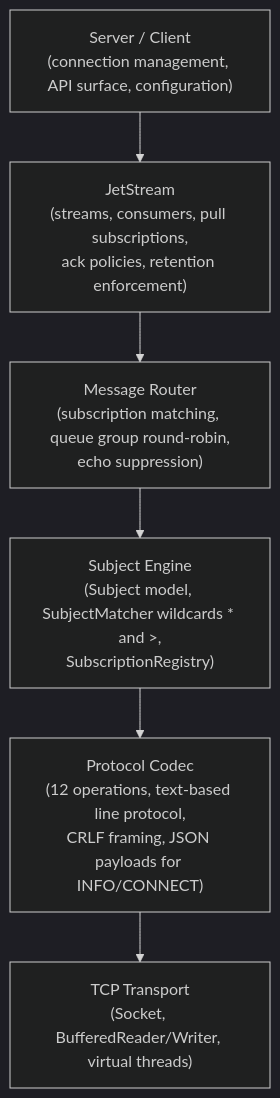
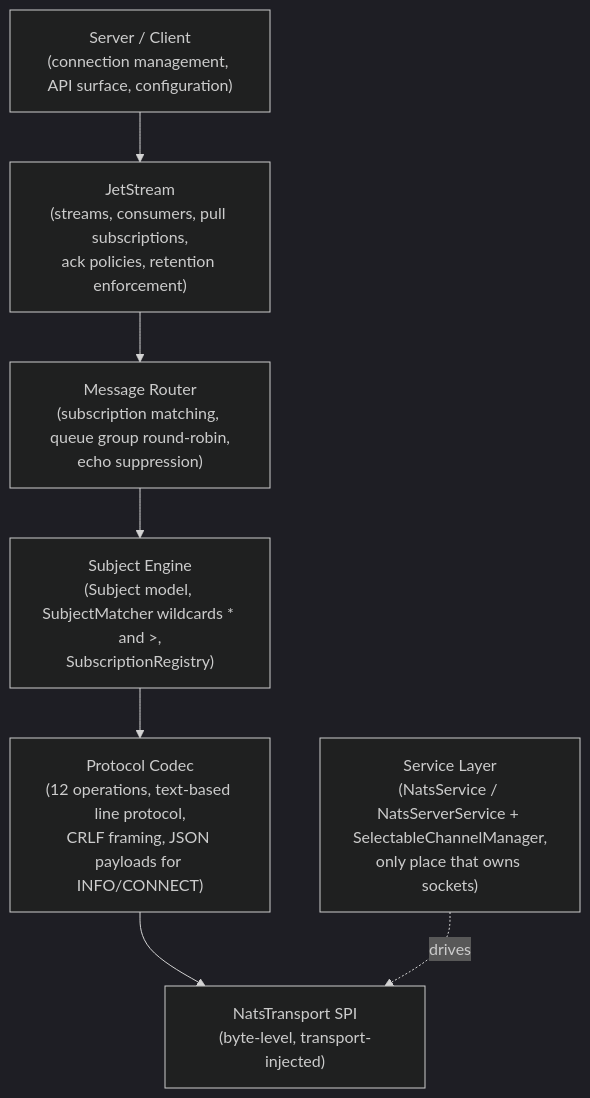
The first of 8 diagrams in messaging/nats/doc/ARCHITECTURE.md (000ssg/lego-flow), drawn with Mermaid (dark theme) before and after one commit. The commit also changed other lines of this file and 780 other files, not shown here.

````diff
--- a/messaging/nats/doc/ARCHITECTURE.md
+++ b/messaging/nats/doc/ARCHITECTURE.md
@@ -13,11 +13,13 @@
 ```mermaid
 graph TD
     L1["Server / Client<br/>(connection management, API surface, configuration)"]
     L2["JetStream<br/>(streams, consumers, pull subscriptions,<br/>ack policies, retention enforcement)"]
     L3["Message Router<br/>(subscription matching, queue group round-robin,<br/>echo suppression)"]
     L4["Subject Engine<br/>(Subject model, SubjectMatcher wildcards * and >,<br/>SubscriptionRegistry)"]
     L5["Protocol Codec<br/>(12 operations, text-based line protocol,<br/>CRLF framing, JSON payloads for INFO/CONNECT)"]
-    L6["TCP Transport<br/>(Socket, BufferedReader/Writer, virtual threads)"]
+    L6["NatsTransport SPI<br/>(byte-level, transport-injected)"]
+    L7["Service Layer<br/>(NatsService / NatsServerService + SelectableChannelManager,<br/>only place that owns sockets)"]
 
     L1 --> L2 --> L3 --> L4 --> L5 --> L6
+    L7 -.drives.-> L6
 ```
````
